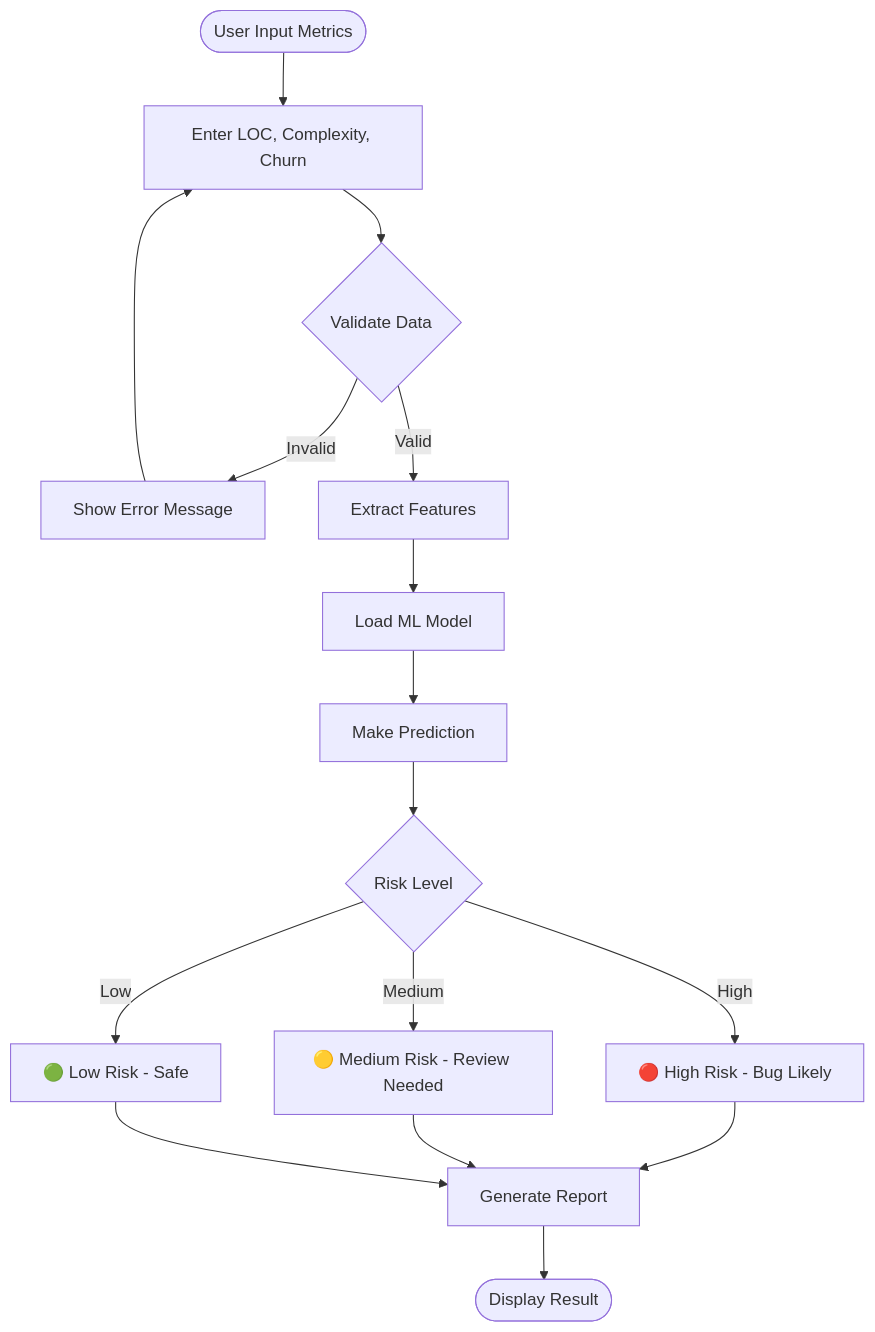
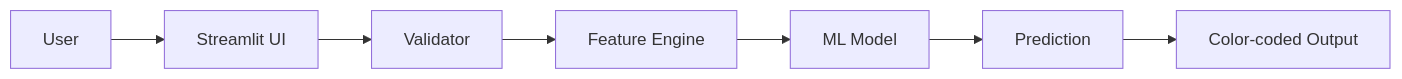
The diagram in README.md (Bhavana998/bug-predictor-ai), drawn with Mermaid before and after one commit.

Commit message:
Update system architecture diagram to new format

````diff
--- a/README.md
+++ b/README.md
@@ -60,24 +60,9 @@
 ```mermaid
-flowchart TD
-    Start([User Input Metrics]) --> Input[Enter LOC, Complexity, Churn]
-    Input --> Validate{Validate Data}
-    
-    Validate -->|Invalid| Error[Show Error Message]
-    Error --> Input
-    
-    Validate -->|Valid| Extract[Extract Features]
-    Extract --> Load[Load ML Model]
-    Load --> Predict[Make Prediction]
-    
-    Predict --> Risk{Risk Level}
-    
-    Risk -->|High| HighRisk[🔴 High Risk - Bug Likely]
-    Risk -->|Medium| MedRisk[🟡 Medium Risk - Review Needed]
-    Risk -->|Low| LowRisk[🟢 Low Risk - Safe]
-    
-    HighRisk --> Report[Generate Report]
-    MedRisk --> Report
-    LowRisk --> Report
-    
-    Report --> End([Display Result])
+flowchart LR
+    User[User] --> UI[Streamlit UI]
+    UI --> Val[Validator]
+    Val --> Features[Feature Engine]
+    Features --> Model[ML Model]
+    Model --> Result[Prediction]
+    Result --> Display[Color-coded Output]
 ```
````
